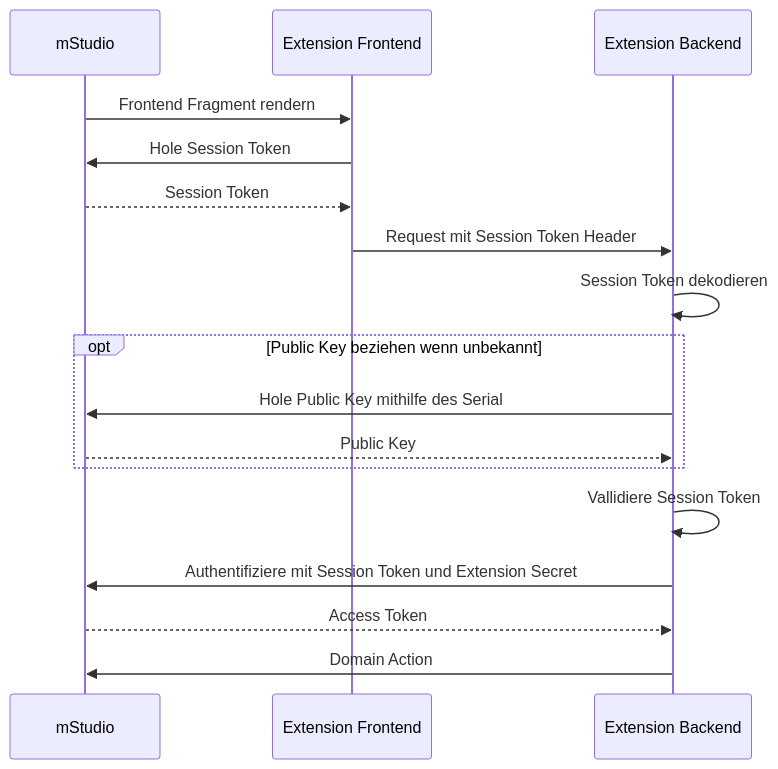
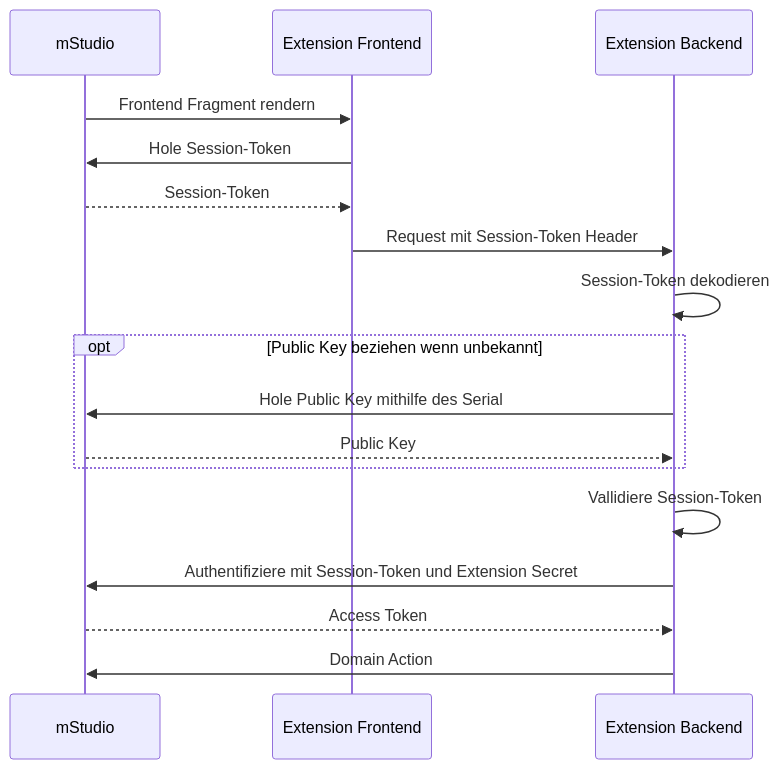
Before and after one commit to mittwald/developer-portal: the diagram in i18n/de/docusaurus-plugin-content-docs/current/contribution/30-overview/3-concepts/4-frontend-development.mdx, drawn with Mermaid. The commit also changed other lines of this file and 1 other file, not shown here.

Commit message:
change spelling of iframe and session token in german

````diff
--- a/i18n/de/docusaurus-plugin-content-docs/current/contribution/30-overview/3-concepts/4-frontend-development.mdx
+++ b/i18n/de/docusaurus-plugin-content-docs/current/contribution/30-overview/3-concepts/4-frontend-development.mdx
@@ -167,20 +167,20 @@
 ```mermaid
 sequenceDiagram
   participant mStudio
   participant ExtensionF as Extension Frontend
   participant ExtensionB as Extension Backend
 
   mStudio ->> ExtensionF: Frontend Fragment rendern
-  ExtensionF ->> mStudio: Hole Session Token
-  mStudio -->> ExtensionF: Session Token
-  ExtensionF ->> ExtensionB: Request mit Session Token Header
-  ExtensionB ->> ExtensionB: Session Token dekodieren
+  ExtensionF ->> mStudio: Hole Session-Token
+  mStudio -->> ExtensionF: Session-Token
+  ExtensionF ->> ExtensionB: Request mit Session-Token Header
+  ExtensionB ->> ExtensionB: Session-Token dekodieren
   opt Public Key beziehen wenn unbekannt
     ExtensionB ->> mStudio: Hole Public Key mithilfe des Serial
     mStudio -->> ExtensionB: Public Key
   end
-  ExtensionB ->> ExtensionB: Vallidiere Session Token
-  ExtensionB ->> mStudio: Authentifiziere mit Session Token und Extension Secret
+  ExtensionB ->> ExtensionB: Vallidiere Session-Token
+  ExtensionB ->> mStudio: Authentifiziere mit Session-Token und Extension Secret
   mStudio -->> ExtensionB: Access Token
   ExtensionB ->> mStudio: Domain Action
 ```
````
